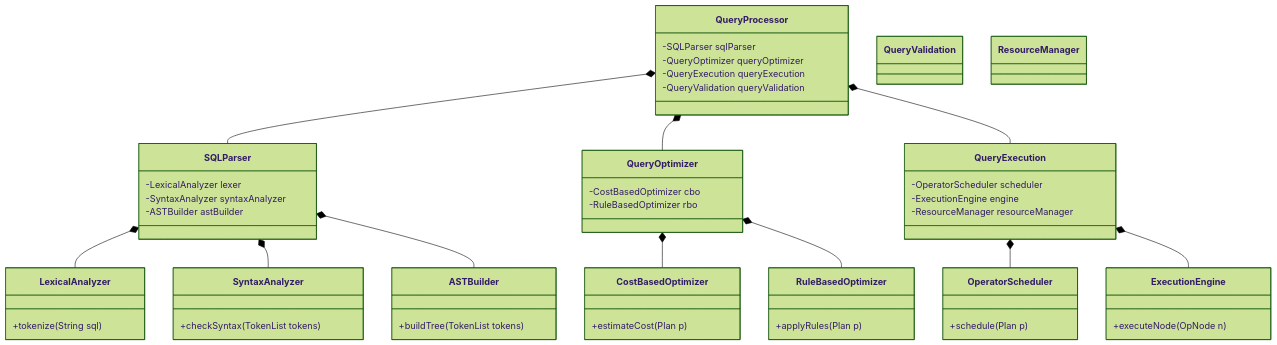
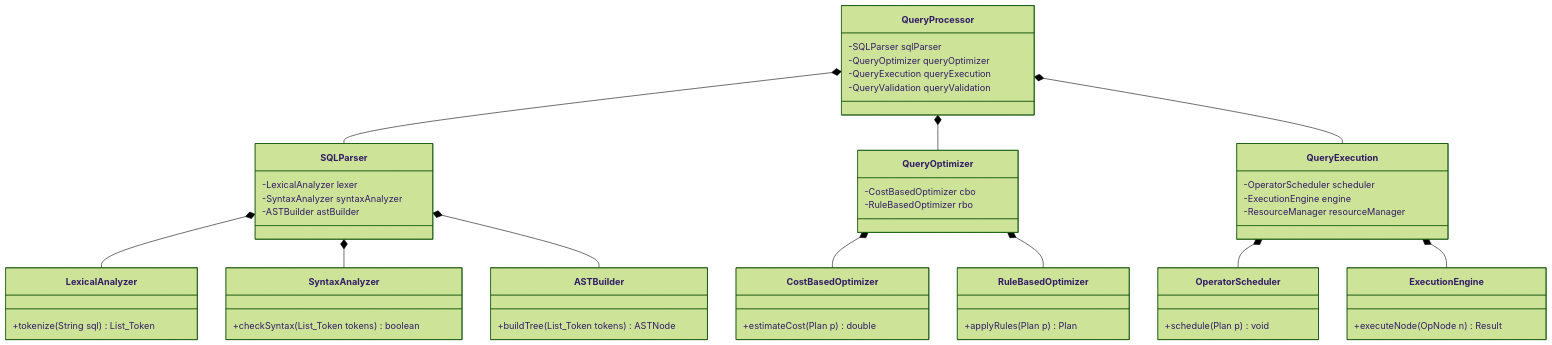
One commit to TamBui1706/DBMS changed the third of 9 diagrams in README.md. Above: the diagram before and after it, drawn with Mermaid (forest theme). The commit also changed other lines of this file and 2 other files, not shown here.

Commit message:
Up Class Diagram

````diff
--- a/README.md
+++ b/README.md
@@ -466,57 +479,55 @@
 ```mermaid
 classDiagram
-    class QueryProcessor {
+class QueryProcessor {
         -SQLParser sqlParser
         -QueryOptimizer queryOptimizer
         -QueryExecution queryExecution
         -QueryValidation queryValidation
     }
     class SQLParser {
         -LexicalAnalyzer lexer
         -SyntaxAnalyzer syntaxAnalyzer
         -ASTBuilder astBuilder
     }
     class LexicalAnalyzer {
-        +tokenize(String sql)
+        +tokenize(String sql) List_Token
     }
     class SyntaxAnalyzer {
-        +checkSyntax(TokenList tokens)
+        +checkSyntax(List_Token tokens) boolean
     }
     class ASTBuilder {
-        +buildTree(TokenList tokens)
+        +buildTree(List_Token tokens) ASTNode
     }
     class QueryOptimizer {
         -CostBasedOptimizer cbo
         -RuleBasedOptimizer rbo
     }
     class CostBasedOptimizer {
-        +estimateCost(Plan p)
+        +estimateCost(Plan p) double
     }
     class RuleBasedOptimizer {
-        +applyRules(Plan p)
+        +applyRules(Plan p) Plan
     }
     class QueryExecution {
         -OperatorScheduler scheduler
         -ExecutionEngine engine
         -ResourceManager resourceManager
     }
     class OperatorScheduler {
-        +schedule(Plan p)
+        +schedule(Plan p) void
     }
     class ExecutionEngine {
-        +executeNode(OpNode n)
+        +executeNode(OpNode n) Result
     }
 
     QueryProcessor *-- SQLParser
     QueryProcessor *-- QueryOptimizer
     QueryProcessor *-- QueryExecution
     SQLParser *-- LexicalAnalyzer
     SQLParser *-- SyntaxAnalyzer
     SQLParser *-- ASTBuilder
     QueryOptimizer *-- CostBasedOptimizer
     QueryOptimizer *-- RuleBasedOptimizer
     QueryExecution *-- OperatorScheduler
     QueryExecution *-- ExecutionEngine
-    class QueryValidation
-    class ResourceManager
 ```
````
